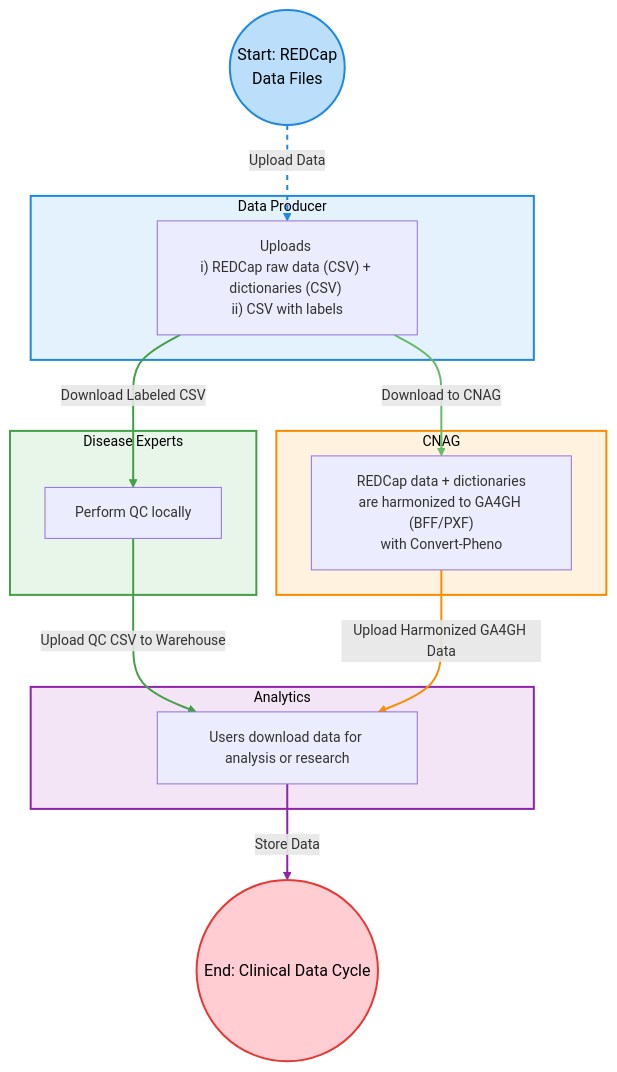
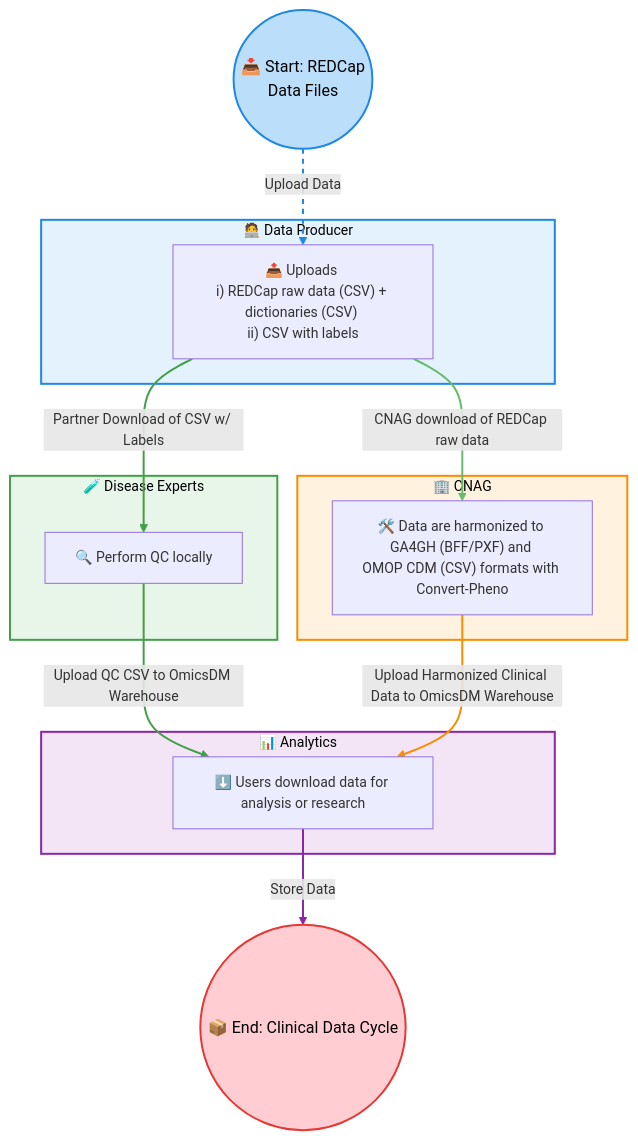
Before and after one commit to CNAG-Biomedical-Informatics/omicsdm-documentation: the diagram in docs/content/3tr-specific/pheno-clinical-data.md, drawn with Mermaid.

Commit message:
Update pheno-clinical-data Mermaid diagram

```diff
--- a/docs/content/3tr-specific/pheno-clinical-data.md
+++ b/docs/content/3tr-specific/pheno-clinical-data.md
@@ -37,62 +37,61 @@
 <div class="mermaid">
 %%{init: {"theme": "default", "themeVariables": { 
     "fontSize": "14px", 
     "fontFamily": "Arial, sans-serif", 
     "nodePadding": 10, 
     "nodeMargin": 10, 
     "lineHeight": 1.2 
 }}}%%
 flowchart TB
     %% Define styles for different subgraphs using MkDocs Material-friendly colors
     style DataProducer fill:#E3F2FD,stroke:#1E88E5,stroke-width:2px, color:#000, font-size:14px
     style DiseaseExperts fill:#E8F5E9,stroke:#43A047,stroke-width:2px, color:#000, font-size:14px
     style CNAG fill:#FFF3E0,stroke:#FB8C00,stroke-width:2px, color:#000, font-size:14px
     style Analytics fill:#F3E5F5,stroke:#8E24AA,stroke-width:2px, color:#000, font-size:14px
 
     %% Start and End node styles
-    A((Start: REDCap <br/>Data Files))
+    A((📥 Start: REDCap <br/>Data Files))
     style A fill:#BBDEFB,stroke:#1E88E5,stroke-width:2px, color:#000, font-size:16px
-    H((End: Clinical Data Cycle))
+    H((📦 End: Clinical Data Cycle))
     style H fill:#FFCDD2,stroke:#E53935,stroke-width:2px, color:#000, font-size:16px
 
     %% Data Producer Subgraph
-    subgraph DataProducer [Data Producer]
-      B["Uploads <br/>i) REDCap raw data (CSV) + dictionaries (CSV) <br/>ii) CSV with labels"]
-      %% Reduce font size and padding within subgraphs
+    subgraph DataProducer [🧑‍💻 Data Producer]
+      B["📤 Uploads <br/>i) REDCap raw data (CSV) + dictionaries (CSV) <br/>ii) CSV with labels"]
       style B font-size:14px, padding:10px
     end
 
     %% Disease Experts Subgraph
-    subgraph DiseaseExperts [Disease Experts]
-      C["Perform QC locally"]
+    subgraph DiseaseExperts [🧪 Disease Experts]
+      C["🔍 Perform QC locally"]
       style C font-size:14px, padding:10px
     end
 
     %% CNAG Subgraph
-    subgraph CNAG [CNAG]
-      E["REDCap data + dictionaries<br/>are harmonized to GA4GH (BFF/PXF)<br/>with Convert-Pheno"]
+    subgraph CNAG [🏢 CNAG]
+      E["🛠️ Data are harmonized to GA4GH (BFF/PXF) and <br/>OMOP CDM (CSV) formats with Convert-Pheno"]
       style E font-size:14px, padding:10px
     end
 
     %% Analytics Subgraph
-    subgraph Analytics [Analytics]
-      F["Users download data for analysis or research"]
+    subgraph Analytics [📊 Analytics]
+      F["⬇️ Users download data for analysis or research"]
       style F font-size:14px, padding:10px
     end
 
     %% Define connections with arrows and labels
     A -->|Upload Data| B
-    B -->|Download Labeled CSV| C
-    C -->|Upload QC CSV to Warehouse| F
-    B -->|Download to CNAG| E
-    E -->|Upload Harmonized GA4GH Data| F
+    B -->|Partner Download of CSV w/ Labels| C
+    C -->|Upload QC CSV to OmicsDM Warehouse| F
+    B -->|CNAG download of REDCap raw data| E
+    E -->|Upload Harmonized Clinical Data to OmicsDM Warehouse| F
     F -->|Store Data| H
 
     %% Define link styles using MkDocs Material-friendly colors
     linkStyle 0 stroke:#1E88E5, stroke-width:2px, stroke-dasharray: 5 5
     linkStyle 1 stroke:#43A047, stroke-width:2px
     linkStyle 2 stroke:#43A047, stroke-width:2px
     linkStyle 3 stroke:#66BB6A, stroke-width:2px
     linkStyle 4 stroke:#FB8C00, stroke-width:2px
     linkStyle 5 stroke:#8E24AA, stroke-width:2px
 </div>
```
